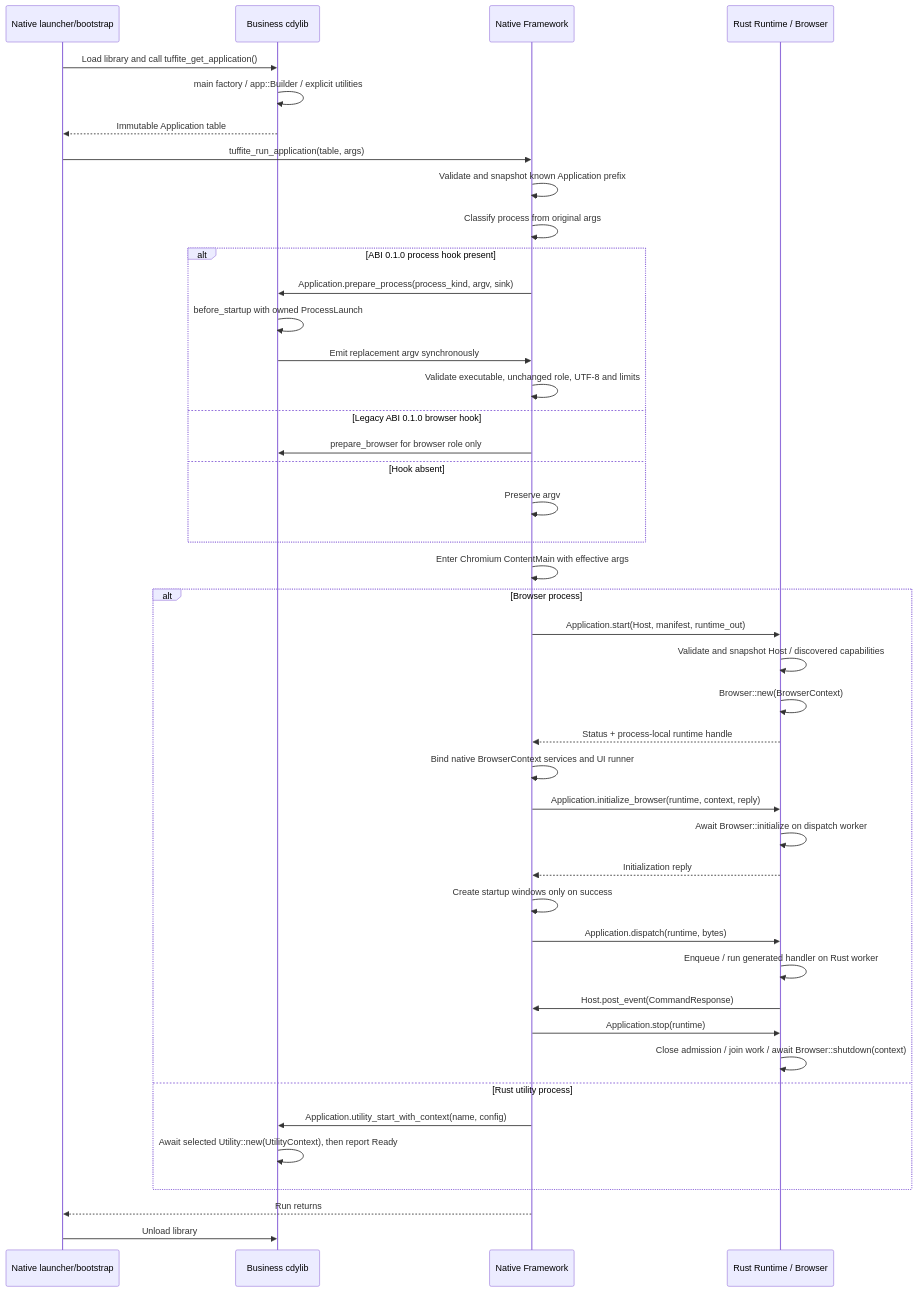
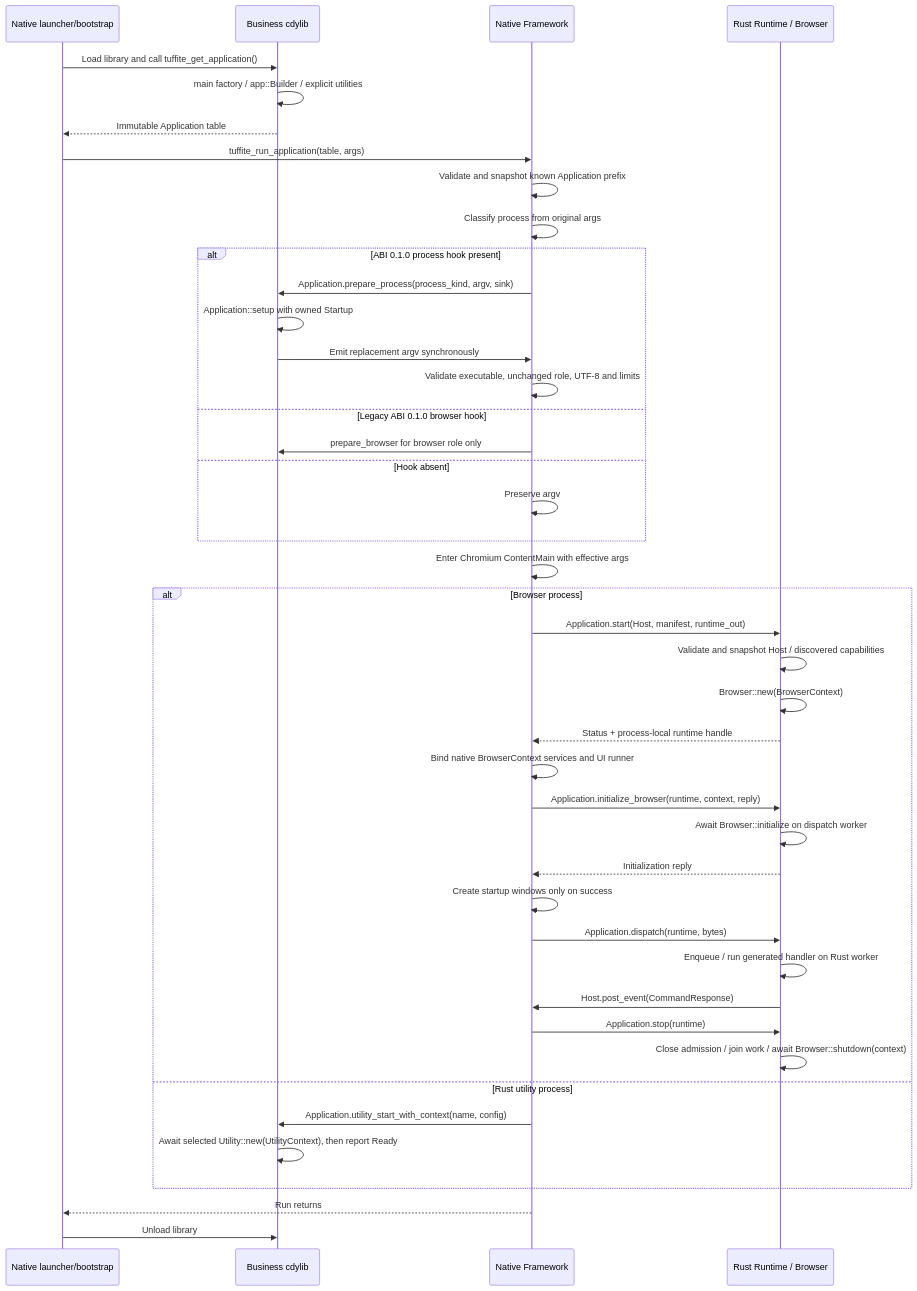
The third of 7 diagrams in crates/tuffite-abi/README.md (tuffite/tuffite), drawn with Mermaid before and after one commit. The commit also changed other lines of this file and 363 other files, not shown here.

````diff
--- a/crates/tuffite-abi/README.md
+++ b/crates/tuffite-abi/README.md
@@ -336,45 +310,45 @@
 ```mermaid
 sequenceDiagram
   participant Launcher as Native launcher/bootstrap
   participant Library as Business cdylib
   participant Framework as Native Framework
   participant Runtime as Rust Runtime / Browser
   Launcher->>Library: Load library and call tuffite_get_application()
   Library->>Library: main factory / app::Builder / explicit utilities
   Library-->>Launcher: Immutable Application table
   Launcher->>Framework: tuffite_run_application(table, args)
   Framework->>Framework: Validate and snapshot known Application prefix
   Framework->>Framework: Classify process from original args
   alt ABI 0.1.0 process hook present
     Framework->>Library: Application.prepare_process(process_kind, argv, sink)
-    Library->>Library: before_startup with owned ProcessLaunch
+    Library->>Library: Application::setup with owned Startup
     Library->>Framework: Emit replacement argv synchronously
     Framework->>Framework: Validate executable, unchanged role, UTF-8 and limits
   else Legacy ABI 0.1.0 browser hook
     Framework->>Library: prepare_browser for browser role only
   else Hook absent
     Framework->>Framework: Preserve argv
   end
   Framework->>Framework: Enter Chromium ContentMain with effective args
   alt Browser process
     Framework->>Runtime: Application.start(Host, manifest, runtime_out)
     Runtime->>Runtime: Validate and snapshot Host / discovered capabilities
     Runtime->>Runtime: Browser::new(BrowserContext)
     Runtime-->>Framework: Status + process-local runtime handle
     Framework->>Framework: Bind native BrowserContext services and UI runner
     Framework->>Runtime: Application.initialize_browser(runtime, context, reply)
     Runtime->>Runtime: Await Browser::initialize on dispatch worker
     Runtime-->>Framework: Initialization reply
     Framework->>Framework: Create startup windows only on success
     Framework->>Runtime: Application.dispatch(runtime, bytes)
     Runtime->>Runtime: Enqueue / run generated handler on Rust worker
     Runtime->>Framework: Host.post_event(CommandResponse)
     Framework->>Runtime: Application.stop(runtime)
     Runtime->>Runtime: Close admission / join work / await Browser::shutdown(context)
   else Rust utility process
     Framework->>Library: Application.utility_start_with_context(name, config)
     Library->>Library: Await selected Utility::new(UtilityContext), then report Ready
   end
   Framework-->>Launcher: Run returns
   Launcher->>Library: Unload library
 ```
````
